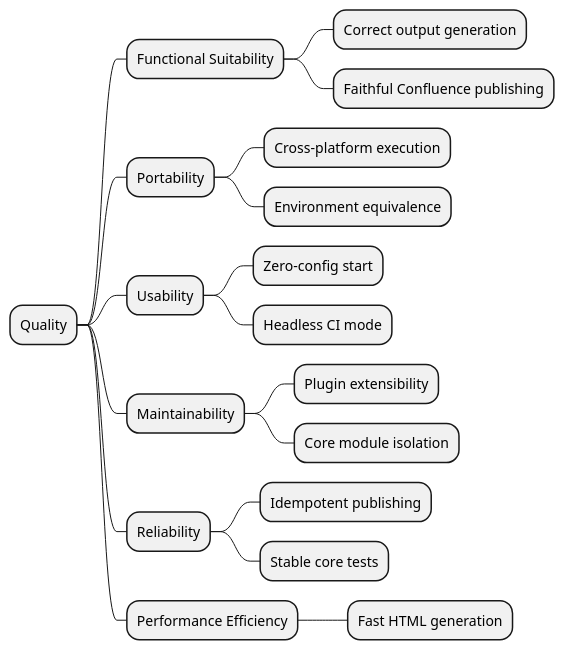
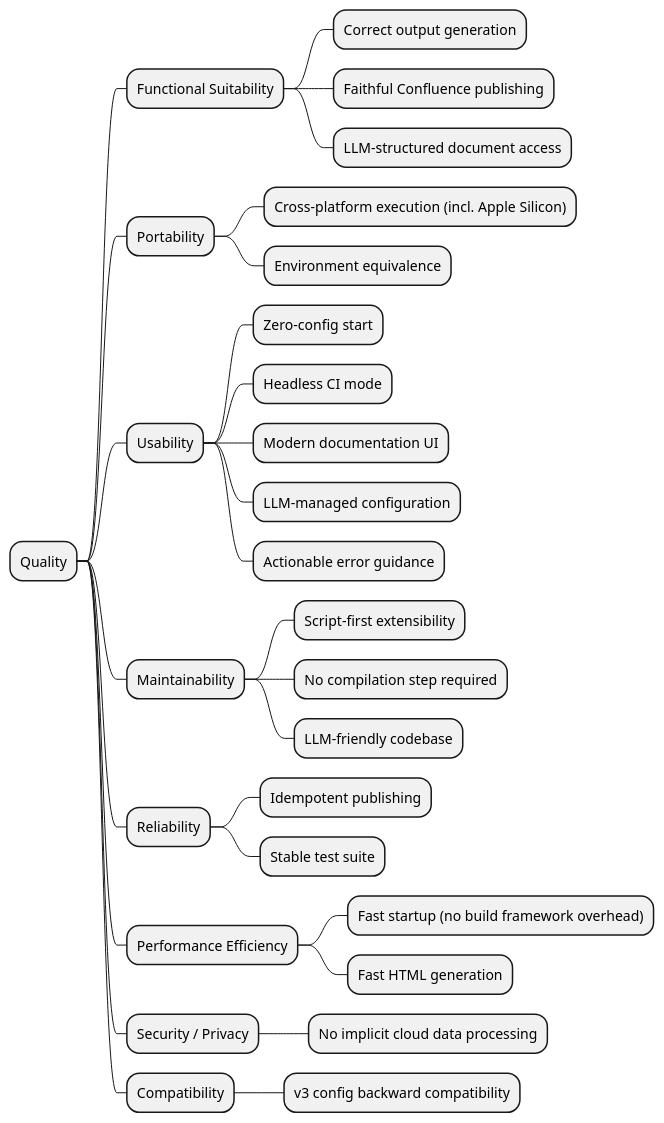
Before and after one commit to raifdmueller/docToolchain: the diagram in src/docs/arc42/chapters/10_quality_requirements.adoc, drawn with PlantUML. The commit also changed other lines of this file and 31 other files, not shown here.

First line of the commit message:
docs: v4 architecture — PRD, spec, ADRs, quality scenarios (#1559)

```diff
--- a/src/docs/arc42/chapters/10_quality_requirements.adoc
+++ b/src/docs/arc42/chapters/10_quality_requirements.adoc
@@ -24,23 +27,33 @@
 [plantuml,quality-tree,png]
 ----
 @startmindmap
 * Quality
 ** Functional Suitability
 *** Correct output generation
 *** Faithful Confluence publishing
+*** LLM-structured document access
 ** Portability
-*** Cross-platform execution
+*** Cross-platform execution (incl. Apple Silicon)
 *** Environment equivalence
 ** Usability
 *** Zero-config start
 *** Headless CI mode
+*** Modern documentation UI
+*** LLM-managed configuration
+*** Actionable error guidance
 ** Maintainability
-*** Plugin extensibility
-*** Core module isolation
+*** Script-first extensibility
+*** No compilation step required
+*** LLM-friendly codebase
 ** Reliability
 *** Idempotent publishing
-*** Stable core tests
+*** Stable test suite
 ** Performance Efficiency
+*** Fast startup (no build framework overhead)
 *** Fast HTML generation
+** Security / Privacy
+*** No implicit cloud data processing
+** Compatibility
+*** v3 config backward compatibility
 @endmindmap
 ----
```
